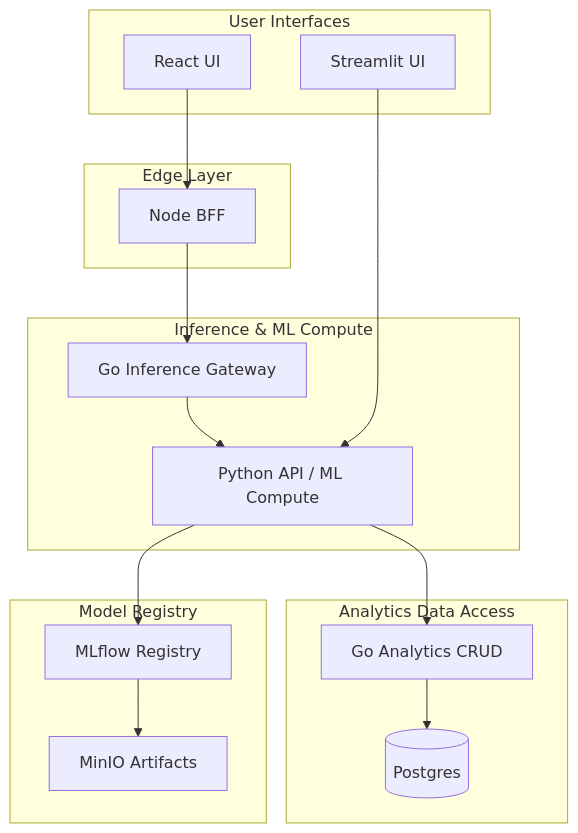
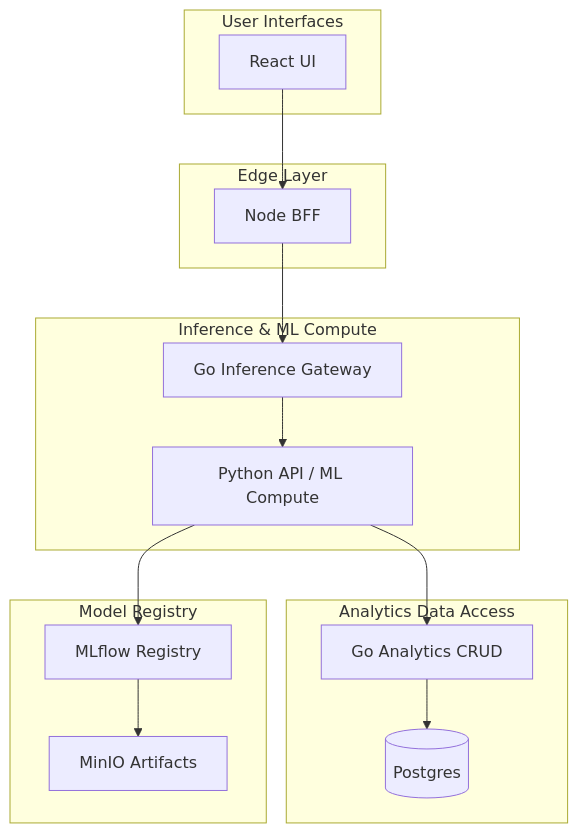
One commit to jonkmatsumo/label-lag changed the first of 3 diagrams in README.md. Above: the diagram before and after it, drawn with Mermaid. The commit also changed other lines of this file and 1 other file, not shown here.

Commit message:
chore(compose): remove streamlit from default profiles

````diff
--- a/README.md
+++ b/README.md
@@ -13,30 +13,28 @@
 ```mermaid
 flowchart TB
     subgraph UI[User Interfaces]
         UI_REACT[React UI]
-        UI_STREAMLIT[Streamlit UI]
     end
 
     subgraph Edge[Edge Layer]
         BFF[Node BFF]
     end
 
     subgraph Inference[Inference & ML Compute]
         GO_INF[Go Inference Gateway]
         PY_API[Python API / ML Compute]
     end
 
     subgraph Analytics[Analytics Data Access]
         GO_CRUD[Go Analytics CRUD]
         DB[(Postgres)]
     end
 
     subgraph Registry[Model Registry]
         MLFLOW[MLflow Registry]
         MINIO[MinIO Artifacts]
     end
 
     UI_REACT --> BFF --> GO_INF --> PY_API --> GO_CRUD --> DB
-    UI_STREAMLIT --> PY_API
     PY_API --> MLFLOW --> MINIO
 ```
````
